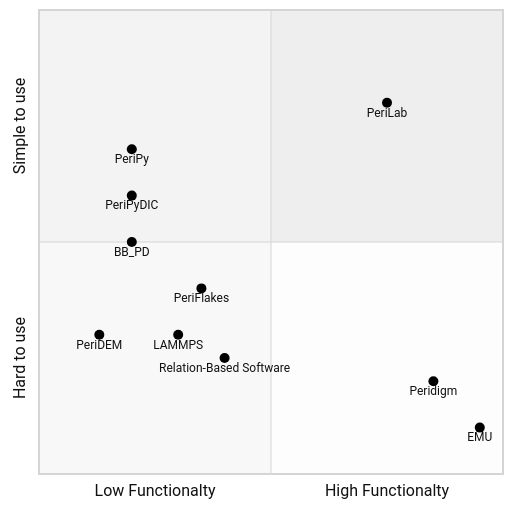
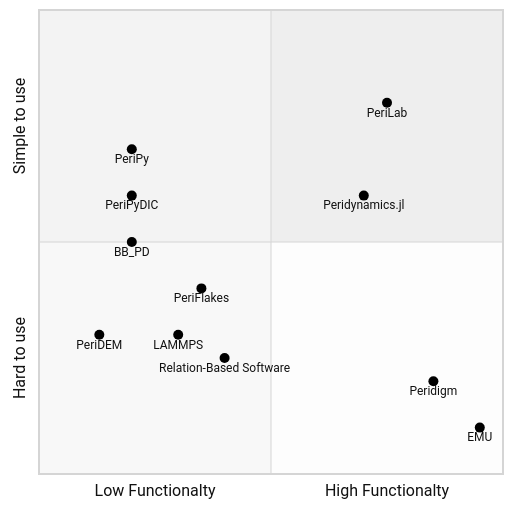
Before and after one commit to PeriHub/PeriLab.jl: the second of 2 diagrams in docs/src/index.md, drawn with Mermaid (neutral theme). The commit also changed 2 other files, not shown here.

Commit message:
improving readme and docu

````diff
--- a/docs/src/index.md
+++ b/docs/src/index.md
@@ -41,15 +41,16 @@
 ```mermaid
 quadrantChart
     x-axis Low Functionalty --> High Functionalty
     y-axis Hard to use --> Simple to use
     Peridigm: [0.85, 0.2]
     PeriLab: [0.75, 0.8]
     EMU: [0.95, 0.1]
     PeriPy: [0.2, 0.7]
+    Peridynamics.jl: [0.7, 0.6]
     PeriPyDIC: [0.2, 0.6]
     LAMMPS: [0.3, 0.3]
     PeriFlakes: [0.35, 0.4]
     Relation-Based Software: [0.4, 0.25]
     BB_PD: [0.2, 0.50]
     PeriDEM: [0.13, 0.3]
 ```
````
